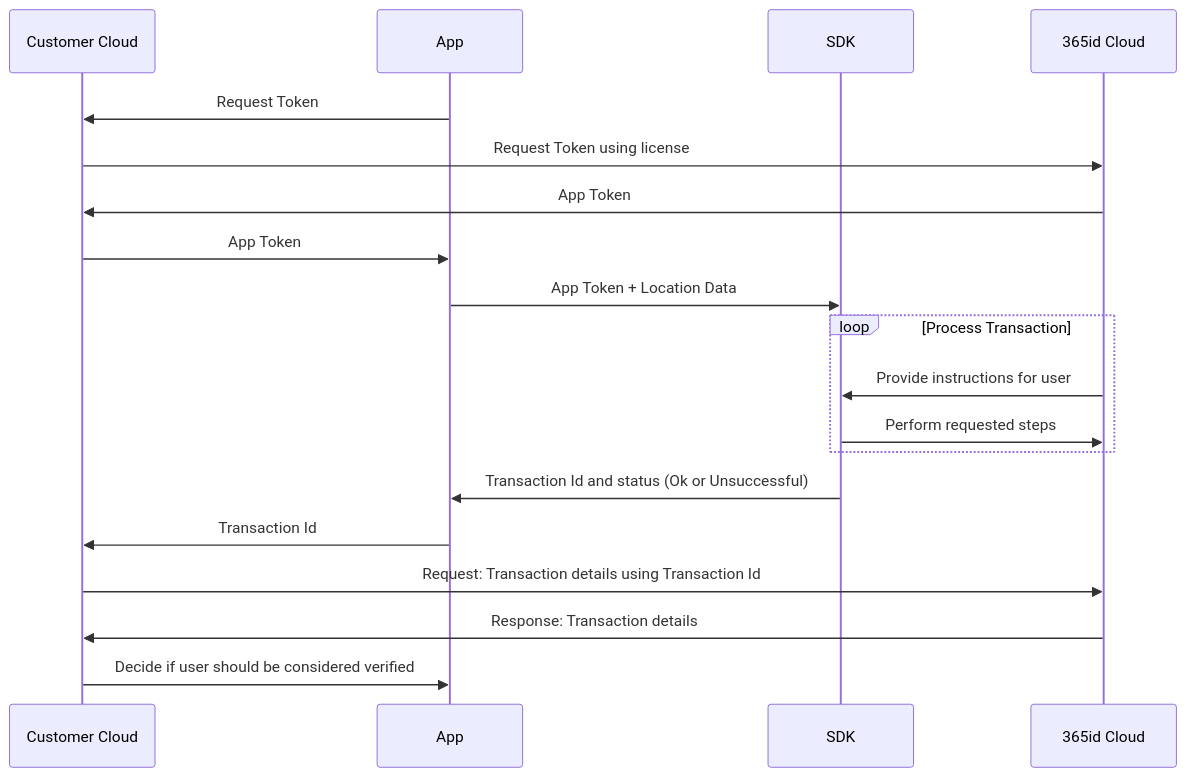
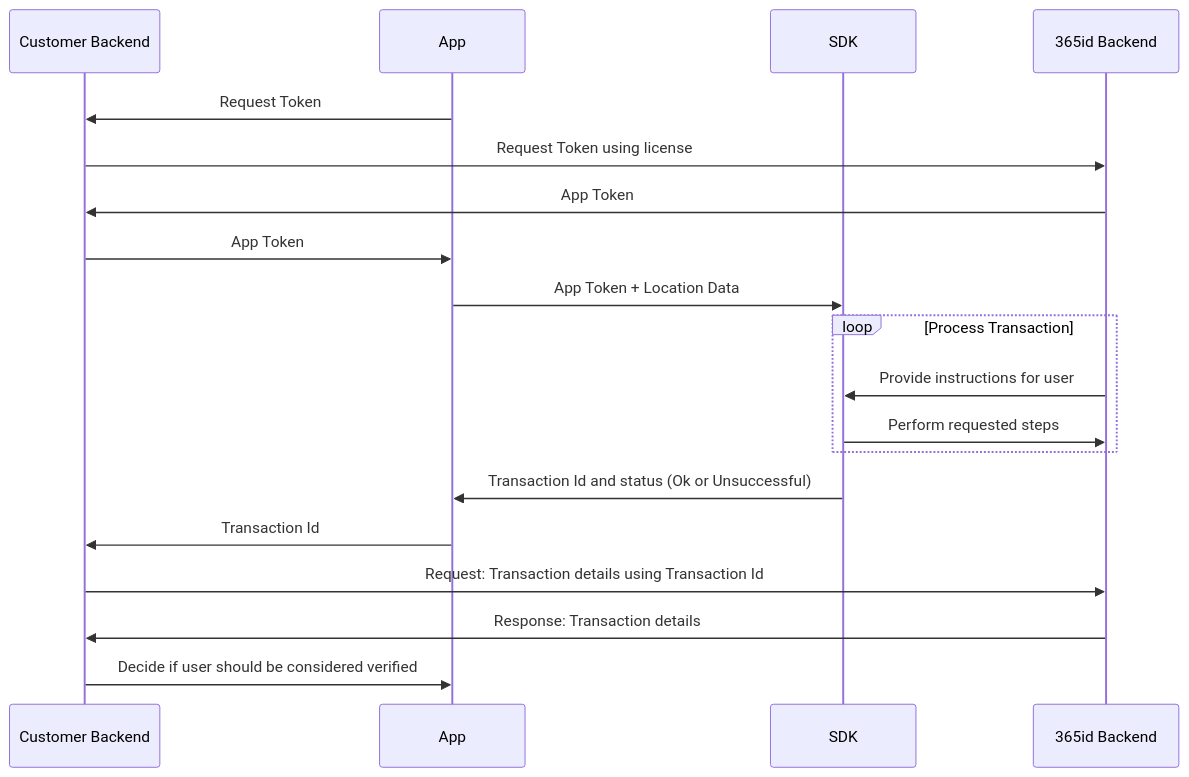
Before and after one commit to 365id-AB/idverification-android: the diagram in README.md, drawn with Mermaid. The commit also changed other lines of this file, not shown here.

````diff
--- a/README.md
+++ b/README.md
@@ -229,21 +229,21 @@
 ```mermaid
 sequenceDiagram
-    participant Customer Cloud
+    participant Customer Backend
     participant App
     participant SDK
-    participant 365id Cloud
-    App->>Customer Cloud: Request Token
-    Customer Cloud->>365id Cloud: Request Token using license
-    365id Cloud->>Customer Cloud: App Token
-    Customer Cloud->>App: App Token
+    participant 365id Backend
+    App->>Customer Backend: Request Token
+    Customer Backend->>365id Backend: Request Token using license
+    365id Backend->>Customer Backend: App Token
+    Customer Backend->>App: App Token
     App->>SDK: App Token + Location Data
     loop Process Transaction
-        365id Cloud->>SDK: Provide instructions for user
-        SDK->>365id Cloud: Perform requested steps
+        365id Backend->>SDK: Provide instructions for user
+        SDK->>365id Backend: Perform requested steps
     end
     SDK->>App: Transaction Id and status (Ok or Unsuccessful)
-    App->>Customer Cloud: Transaction Id
-    Customer Cloud->>365id Cloud: Request: Transaction details using Transaction Id
-    365id Cloud->>Customer Cloud: Response: Transaction details
-    Customer Cloud->>App: Decide if user should be considered verified
+    App->>Customer Backend: Transaction Id
+    Customer Backend->>365id Backend: Request: Transaction details using Transaction Id
+    365id Backend->>Customer Backend: Response: Transaction details
+    Customer Backend->>App: Decide if user should be considered verified
 ```
````
